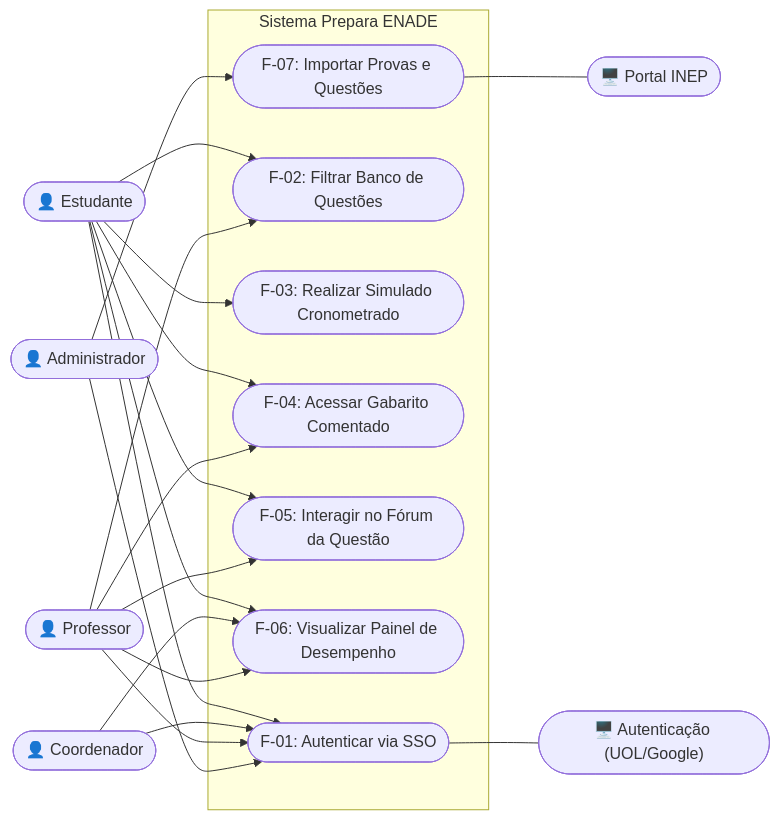
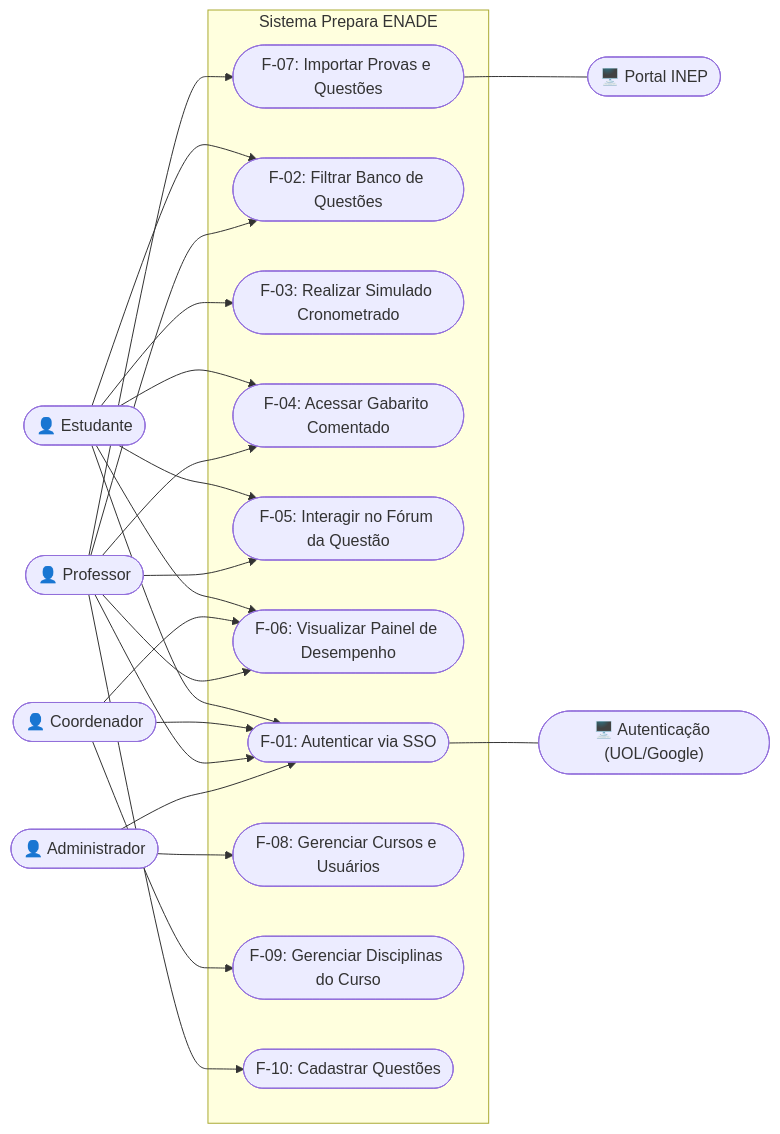
The first of 4 diagrams in docs/p1/02_diagramas_uml.md (Petroievysk/requisitos-2026-02-EQUIPE01), drawn with Mermaid before and after one commit. The commit also changed other lines of this file, not shown here.

Commit message:
Revise UML diagrams for Sprint 1 artifacts

````diff
--- a/docs/p1/02_diagramas_uml.md
+++ b/docs/p1/02_diagramas_uml.md
@@ -11,47 +11,53 @@
 ```mermaid
 flowchart LR
   %% Atores
   EST(["👤 Estudante"])
   COORD(["👤 Coordenador"])
   PROF(["👤 Professor"])
   ADMIN(["👤 Administrador"])
  
   %% Sistemas Externos
   SSO(["🖥️ Autenticação (UOL/Google)"])
   INEP(["🖥️ Portal INEP"])
  
   %% Fronteira do Sistema
   subgraph SistemaENADE["Sistema Prepara ENADE"]
     UC1(["F-01: Autenticar via SSO"])
     UC2(["F-02: Filtrar Banco de Questões"])
     UC3(["F-03: Realizar Simulado Cronometrado"])
     UC4(["F-04: Acessar Gabarito Comentado"])
     UC5(["F-05: Interagir no Fórum da Questão"])
     UC6(["F-06: Visualizar Painel de Desempenho"])
     UC7(["F-07: Importar Provas e Questões"])
+    UC8(["F-08: Gerenciar Cursos e Usuários"])
+    UC9(["F-09: Gerenciar Disciplinas do Curso"])
+    UC10(["F-10: Cadastrar Questões"])
   end
  
   %% Relacionamentos Estudante
   EST --> UC1
   EST --> UC2
   EST --> UC3
   EST --> UC4
   EST --> UC5
   EST --> UC6
  
   %% Relacionamentos Coordenador e Professor
   COORD --> UC1
   COORD --> UC6
+  COORD --> UC9
   PROF --> UC1
   PROF --> UC2
   PROF --> UC4
   PROF --> UC5
   PROF --> UC6
+  PROF --> UC7
+  PROF --> UC10
  
-  %% Relacionamentos Administrador e Externos
+  %% Relacionamentos Administrador e Sistemas Externos
   ADMIN --> UC1
-  ADMIN --> UC7
+  ADMIN --> UC8
  
   UC1 --- SSO
   UC7 --- INEP
 ```
````
